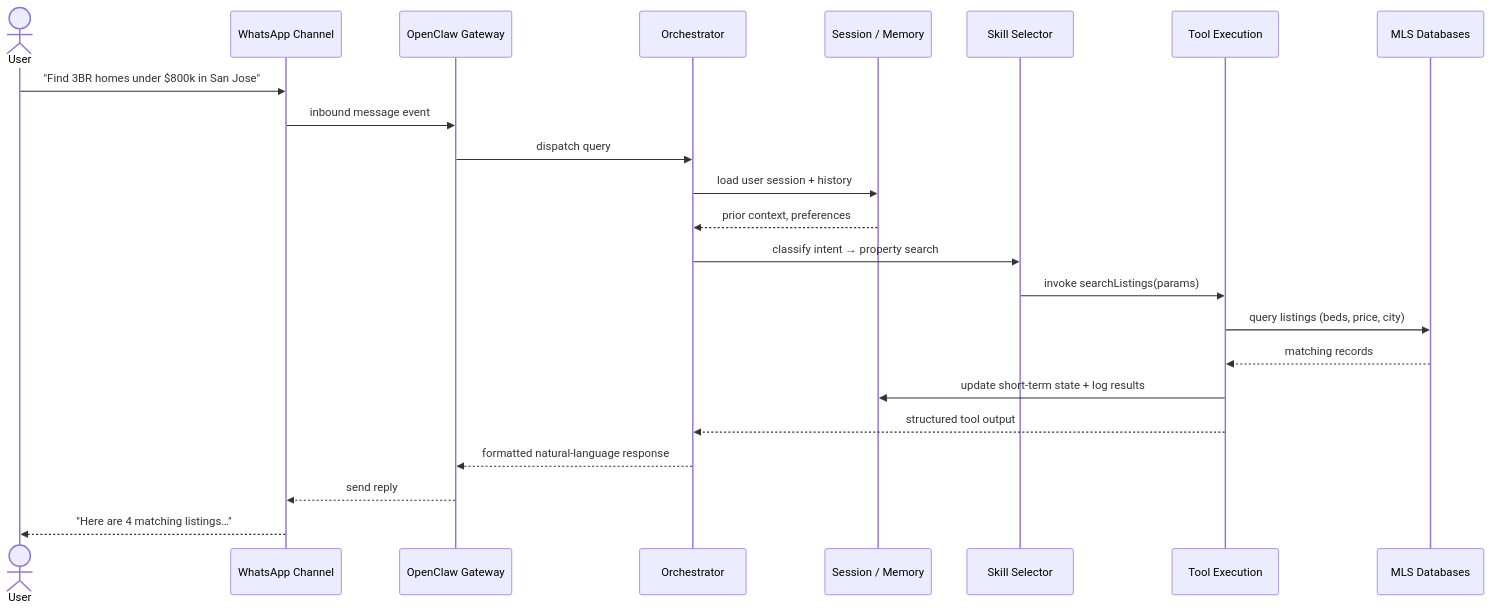
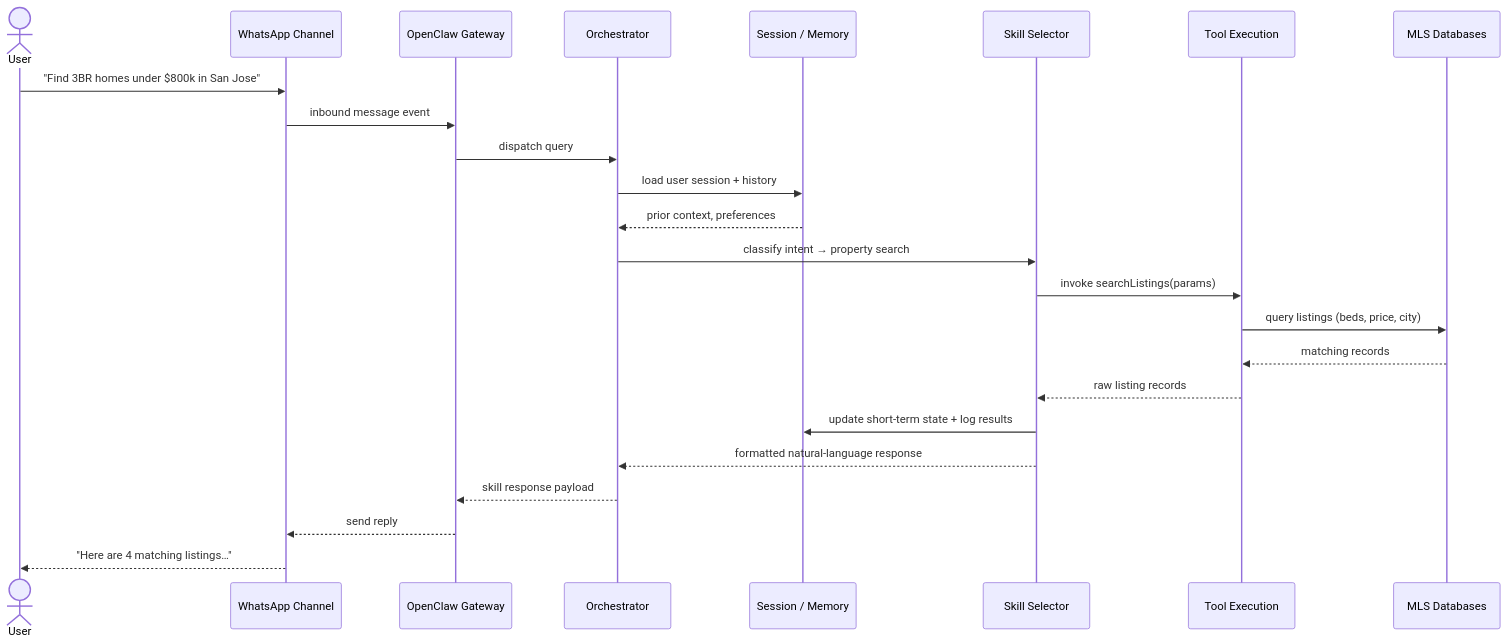
The second of 4 diagrams in docs/week-1-openclaw-architecture.md (monKeypas/IDX-Exchange-Agentic-AI-Track-Summer-2026), drawn with Mermaid before and after one commit. The commit also changed other lines of this file, not shown here.

First line of the commit message:
Fix architecture return path through active skills.

````diff
--- a/docs/week-1-openclaw-architecture.md
+++ b/docs/week-1-openclaw-architecture.md
@@ -74,26 +81,27 @@
 ```mermaid
 sequenceDiagram
     actor User
     participant WhatsApp as WhatsApp Channel
     participant Gateway as OpenClaw Gateway
     participant Orchestrator as Orchestrator
     participant Session as Session / Memory
     participant Skills as Skill Selector
     participant Tools as Tool Execution
     participant MLS as MLS Databases
 
     User->>WhatsApp: "Find 3BR homes under $800k in San Jose"
     WhatsApp->>Gateway: inbound message event
     Gateway->>Orchestrator: dispatch query
     Orchestrator->>Session: load user session + history
     Session-->>Orchestrator: prior context, preferences
     Orchestrator->>Skills: classify intent → property search
     Skills->>Tools: invoke searchListings(params)
     Tools->>MLS: query listings (beds, price, city)
     MLS-->>Tools: matching records
-    Tools->>Session: update short-term state + log results
-    Tools-->>Orchestrator: structured tool output
-    Orchestrator-->>Gateway: formatted natural-language response
+    Tools-->>Skills: raw listing records
+    Skills->>Session: update short-term state + log results
+    Skills-->>Orchestrator: formatted natural-language response
+    Orchestrator-->>Gateway: skill response payload
     Gateway-->>WhatsApp: send reply
     WhatsApp-->>User: "Here are 4 matching listings…"
 ```
````
